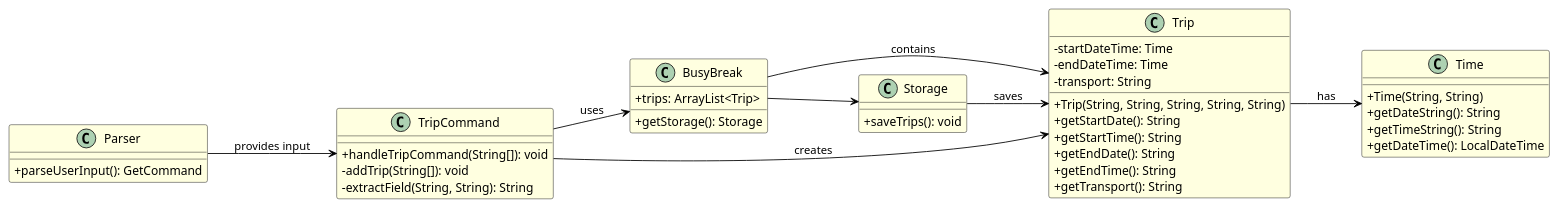
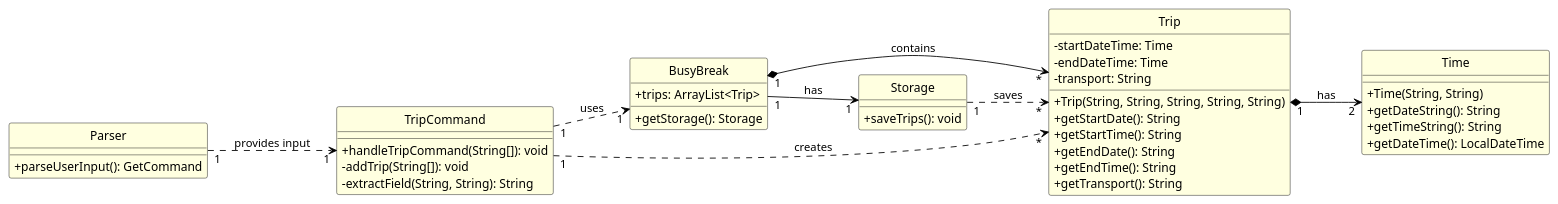
Before and after one commit to AY2526S1-CS2113-W13-4/tp: the diagram in docs/diagrams/AddTripClassDiagram.puml, drawn with PlantUML. The commit also changed 2 other files, not shown here.

Commit message:
Diagram Adjustment

```diff
--- a/docs/diagrams/AddTripClassDiagram.puml
+++ b/docs/diagrams/AddTripClassDiagram.puml
@@ -1,56 +1,57 @@
 @startuml
 left to right direction
-
+hide circle
 skinparam classAttributeIconSize 0
 skinparam class {
     BackgroundColor LIGHTYELLOW
     BorderColor Black
     ArrowColor Black
 }
 
 class BusyBreak {
   + trips: ArrayList<Trip>
   + getStorage(): Storage
 }
 
 class TripCommand {
   + handleTripCommand(String[]): void
   - addTrip(String[]): void
   - extractField(String, String): String
 }
 
 class Trip {
   - startDateTime: Time
   - endDateTime: Time
   - transport: String
   + Trip(String, String, String, String, String)
   + getStartDate(): String
   + getStartTime(): String
   + getEndDate(): String
   + getEndTime(): String
   + getTransport(): String
 }
 
 class Time {
   + Time(String, String)
   + getDateString(): String
   + getTimeString(): String
   + getDateTime(): LocalDateTime
 }
 
 class Storage {
   + saveTrips(): void
 }
 
 class Parser {
   + parseUserInput(): GetCommand
 }
 
-BusyBreak --> Trip : contains
-BusyBreak --> Storage
-TripCommand --> BusyBreak : uses
-TripCommand --> Trip : creates
-Trip --> Time : has
-Parser --> TripCommand : provides input
-Storage --> Trip : saves
+BusyBreak "1" *--> "*" Trip : contains
+BusyBreak "1" --> "1" Storage : has
+TripCommand "1" ..> "1" BusyBreak : uses
+TripCommand "1" ..> "*" Trip : creates
+Trip "1" *--> "2" Time : has
+Parser "1" ..> "1" TripCommand : provides input
+Storage "1" ..> "*" Trip : saves
+
 @enduml
```
